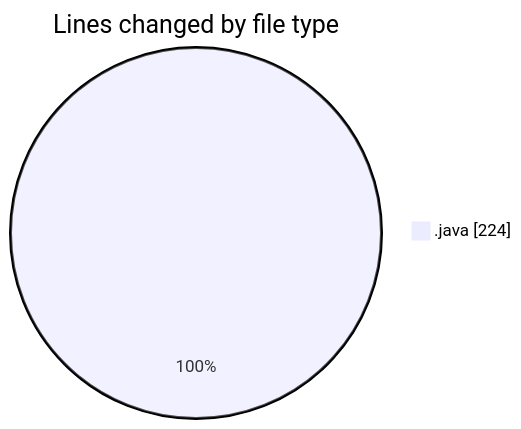
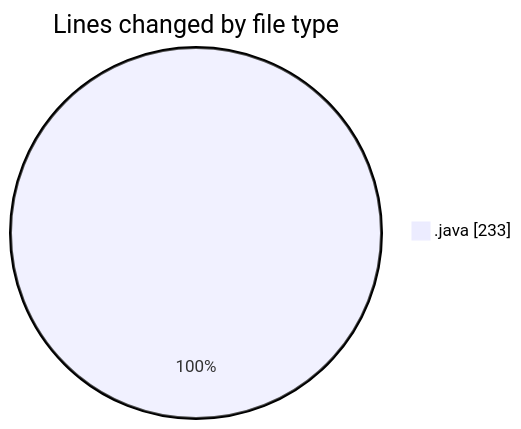
Before and after one commit to NitaiMahat/code-tracking: the first of 2 diagrams in 2025-03-14/startfiles/README.md, drawn with Mermaid. The commit also changed other lines of this file and 1 other file, not shown here.

````diff
--- a/2025-03-14/startfiles/README.md
+++ b/2025-03-14/startfiles/README.md
@@ -20,5 +20,5 @@
 ```mermaid
 pie showData
 title Lines changed by file type
-".java" : 224
+".java" : 233
 ```
````
